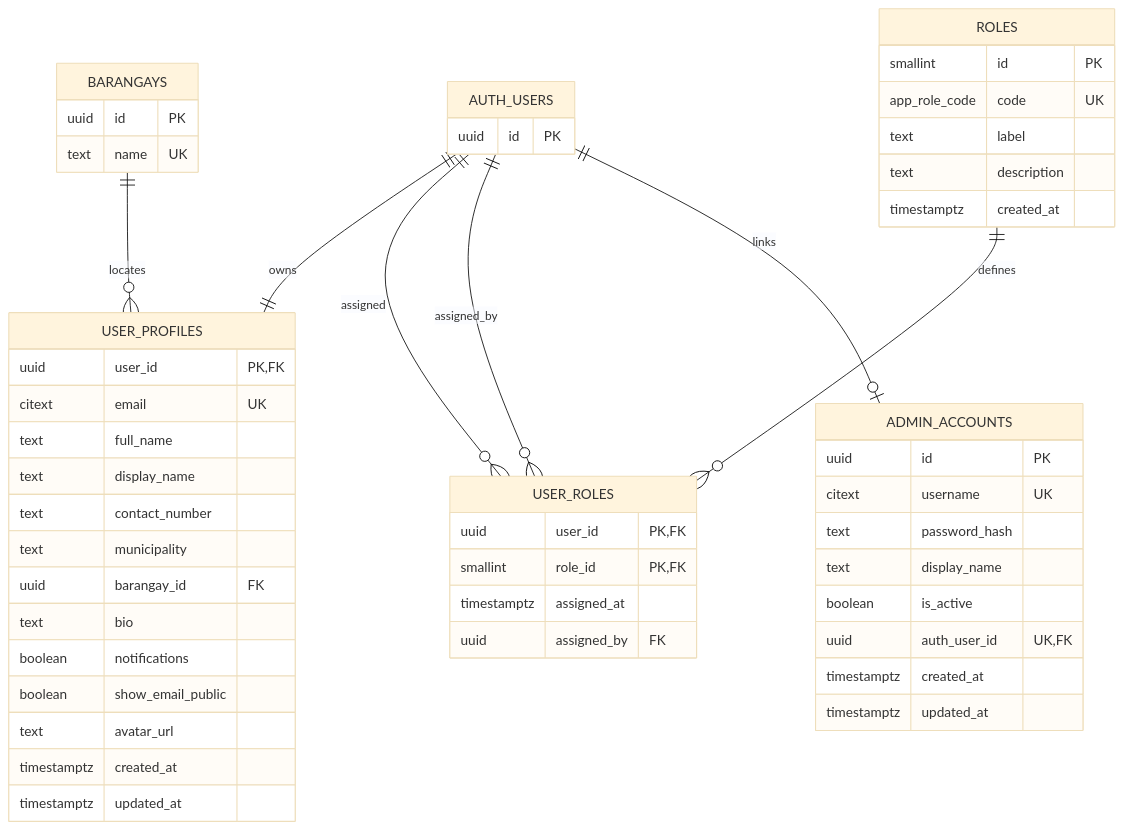
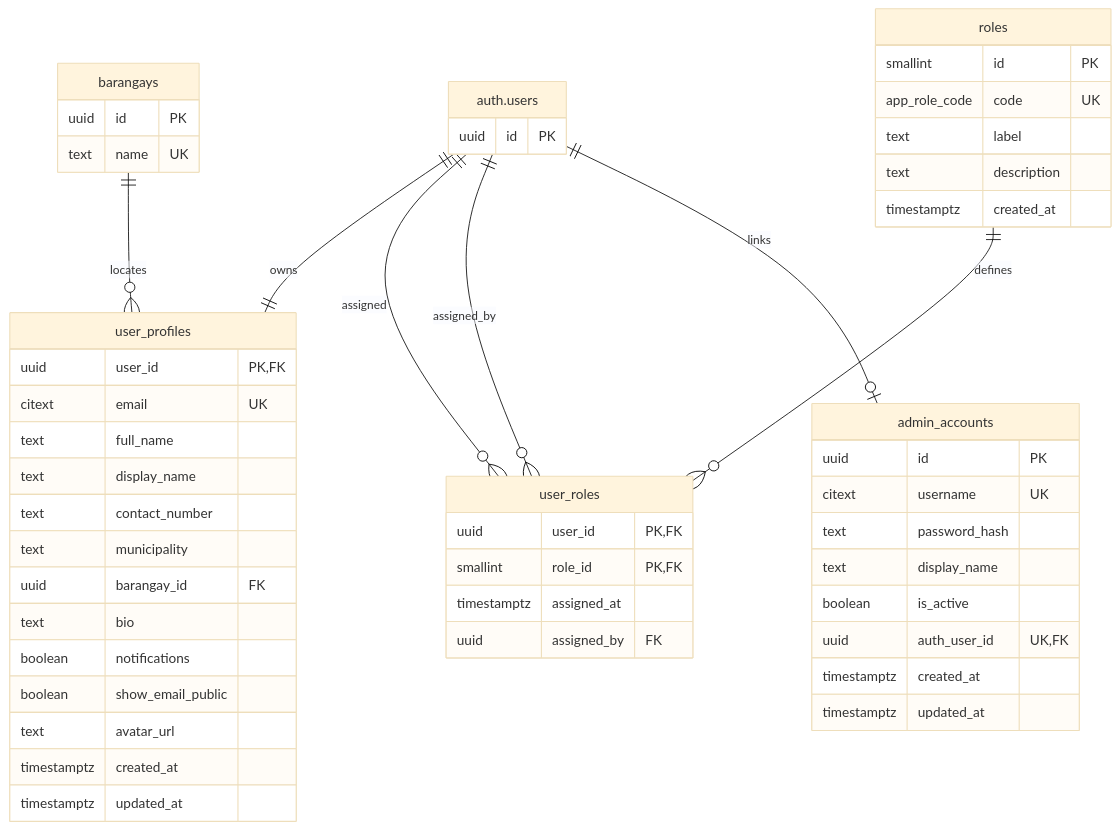
One commit to txiaoqt/lydo-connect-org-focused changed the second of 9 diagrams in Methodology/3.2.4-Database-Schema.md. Above: the diagram before and after it, drawn with Mermaid (base theme). The commit also changed other lines of this file, not shown here.

````diff
--- a/Methodology/3.2.4-Database-Schema.md
+++ b/Methodology/3.2.4-Database-Schema.md
@@ -254,60 +254,60 @@
 ```mermaid
 erDiagram
-    AUTH_USERS ||--|| USER_PROFILES : owns
-    AUTH_USERS ||--o{ USER_ROLES : assigned
-    AUTH_USERS ||--o{ USER_ROLES : assigned_by
-    ROLES ||--o{ USER_ROLES : defines
-    AUTH_USERS ||--o| ADMIN_ACCOUNTS : links
-    BARANGAYS ||--o{ USER_PROFILES : locates
+    auth.users ||--|| user_profiles : owns
+    auth.users ||--o{ user_roles : assigned
+    auth.users ||--o{ user_roles : assigned_by
+    roles ||--o{ user_roles : defines
+    auth.users ||--o| admin_accounts : links
+    barangays ||--o{ user_profiles : locates
 
-    AUTH_USERS {
+    auth.users {
       uuid id PK
     }
 
-    ROLES {
+    roles {
       smallint id PK
       app_role_code code UK
       text label
       text description
       timestamptz created_at
     }
 
-    USER_ROLES {
+    user_roles {
       uuid user_id PK, FK
       smallint role_id PK, FK
       timestamptz assigned_at
       uuid assigned_by FK
     }
 
-    USER_PROFILES {
+    user_profiles {
       uuid user_id PK, FK
       citext email UK
       text full_name
       text display_name
       text contact_number
       text municipality
       uuid barangay_id FK
       text bio
       boolean notifications
       boolean show_email_public
       text avatar_url
       timestamptz created_at
       timestamptz updated_at
     }
 
-    ADMIN_ACCOUNTS {
+    admin_accounts {
       uuid id PK
       citext username UK
       text password_hash
       text display_name
       boolean is_active
       uuid auth_user_id UK, FK
       timestamptz created_at
       timestamptz updated_at
     }
 
-    BARANGAYS {
+    barangays {
       uuid id PK
       text name UK
     }
 ```
````
